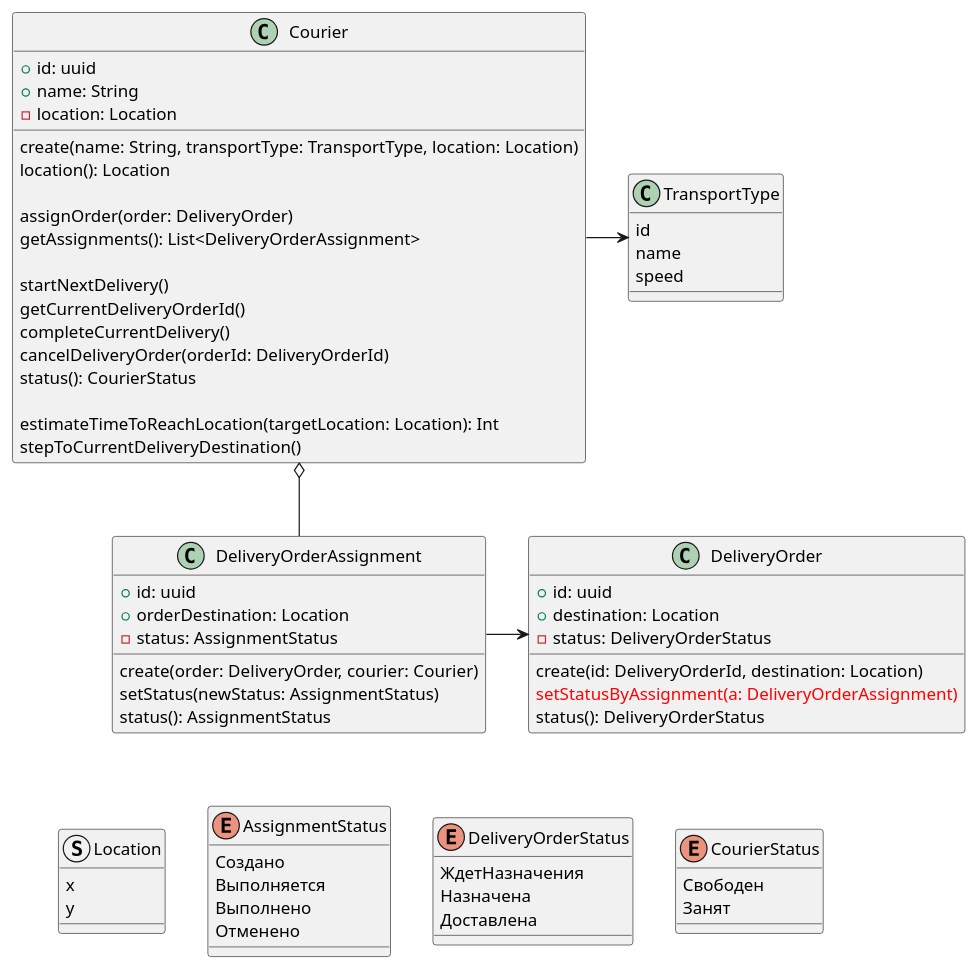
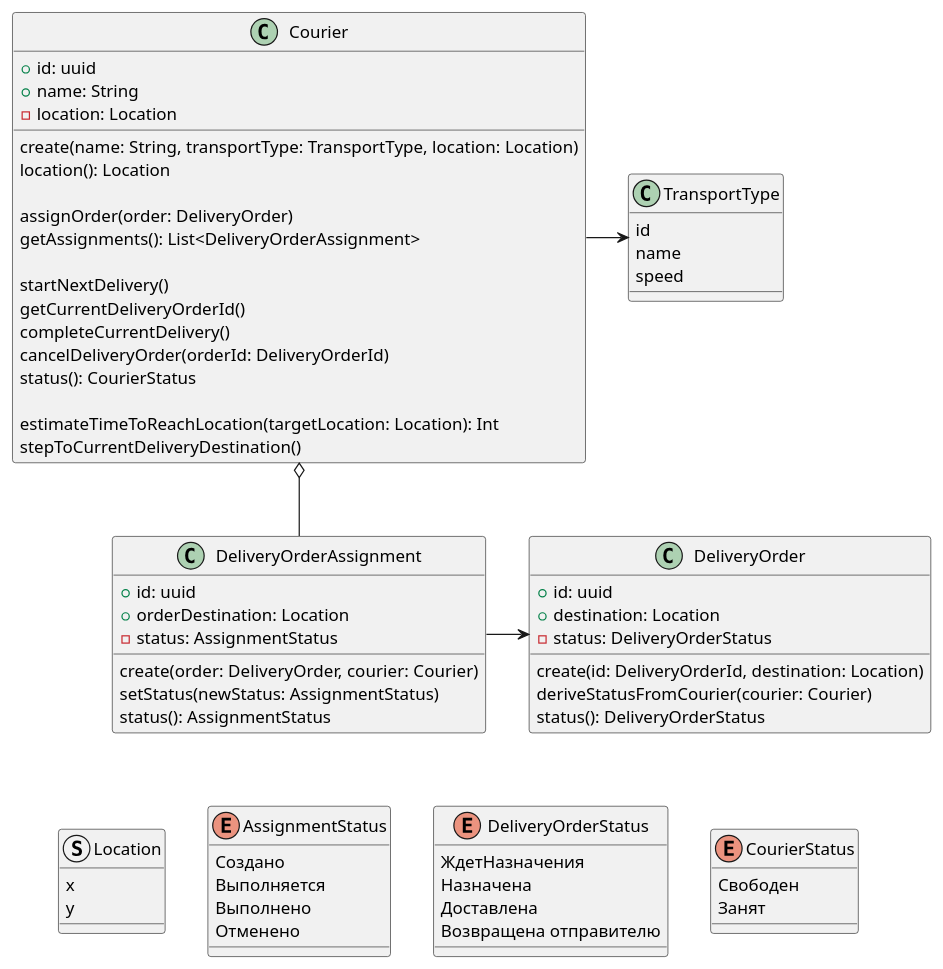
The diagram in Domain-simplified.puml (mikhailandronov/delivery), drawn with PlantUML before and after one commit.

Commit message:
Updated diagram to reflect actual model

```diff
--- a/Domain-simplified.puml
+++ b/Domain-simplified.puml
@@ -1,100 +1,101 @@
 @startuml
 'https://plantuml.com/class-diagram
 
 '!pragma layout smetana
 'left to right direction
 
 class DeliveryOrder{
     + id: uuid
     + destination: Location
     - status: DeliveryOrderStatus
 
     create(id: DeliveryOrderId, destination: Location)
-    <font color=red>setStatusByAssignment(a: DeliveryOrderAssignment)</font>
+    deriveStatusFromCourier(courier: Courier)
     status(): DeliveryOrderStatus
 }
 
 class Courier {
     + id: uuid
     + name: String
     - location: Location
 
     create(name: String, transportType: TransportType, location: Location)
     location(): Location
 
     assignOrder(order: DeliveryOrder)
     getAssignments(): List<DeliveryOrderAssignment>
 
     startNextDelivery()
     getCurrentDeliveryOrderId()
     completeCurrentDelivery()
     cancelDeliveryOrder(orderId: DeliveryOrderId)
     status(): CourierStatus
 
     estimateTimeToReachLocation(targetLocation: Location): Int
     stepToCurrentDeliveryDestination()
 }
 
 class TransportType{
     id
     name
     speed
 }
 class Address  {
     city
     street
     building
     flat
 }
 hide Address
 
 struct Location{
     x
     y
 }
 
 class Customer {
     firstName
     lastName
 }
 hide Customer
 
 class DeliveryOrderAssignment{
     + id: uuid
     + orderDestination: Location
     - status: AssignmentStatus
     create(order: DeliveryOrder, courier: Courier)
     setStatus(newStatus: AssignmentStatus)
     status(): AssignmentStatus
 }
 
 Courier -r-> TransportType
 DeliveryOrderAssignment -u-o Courier
 DeliveryOrderAssignment -r-> DeliveryOrder
 DeliveryOrder -r-> Customer : receiver
 
 enum DeliveryOrderStatus {
 ЖдетНазначения
 Назначена
 Доставлена
+Возвращена отправителю
 }
 
 enum CourierStatus {
 Свободен
 Занят
 }
 
 enum AssignmentStatus {
     Создано
     Выполняется
     Выполнено
     Отменено
 }
 
 
  DeliveryOrderAssignment -d[hidden]-> AssignmentStatus
  AssignmentStatus -r[hidden]-> DeliveryOrderStatus
  DeliveryOrderStatus -[hidden]> CourierStatus
  AssignmentStatus -l[hidden]> Location
 
 @enduml
```
